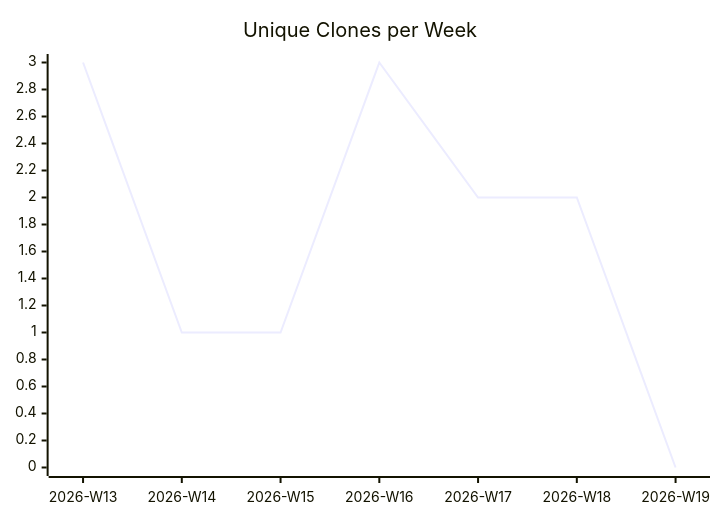
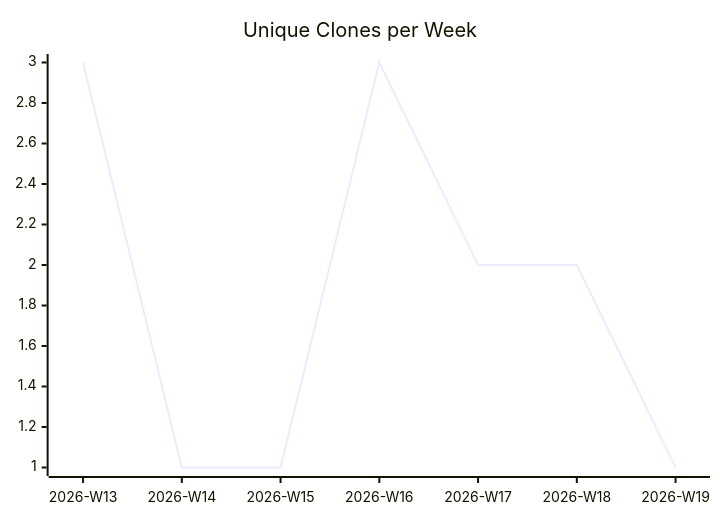
Before and after one commit to justdavis-family/github-analytics-data: the third of 3 diagrams in karlmdavis/perfect-note/README.md, drawn with Mermaid. The commit also changed other lines of this file and 177 other files, not shown here.

````diff
--- a/karlmdavis/perfect-note/README.md
+++ b/karlmdavis/perfect-note/README.md
@@ -19,6 +19,6 @@
 ```mermaid
 xychart-beta
   title "Unique Clones per Week"
   x-axis ["2026-W13", "2026-W14", "2026-W15", "2026-W16", "2026-W17", "2026-W18", "2026-W19"]
-  line [3, 1, 1, 3, 2, 2, 0]
+  line [3, 1, 1, 3, 2, 2, 1]
 ```
````
